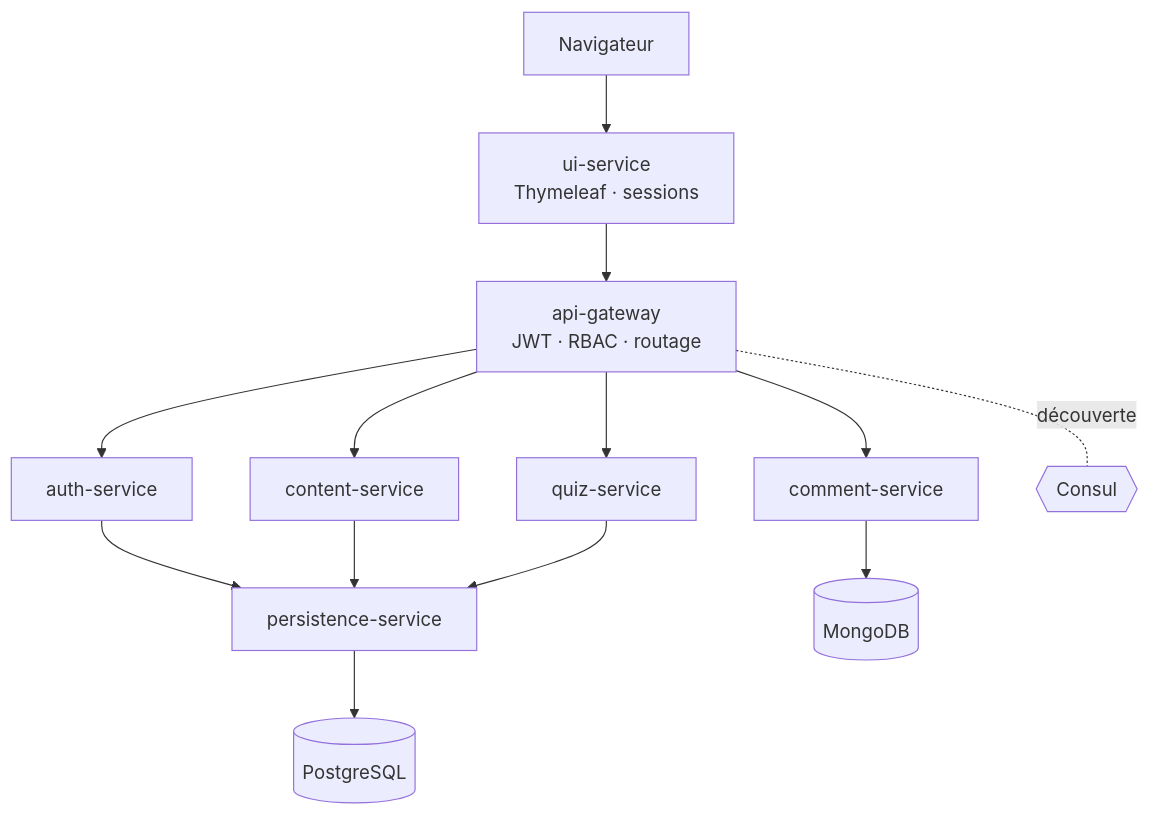
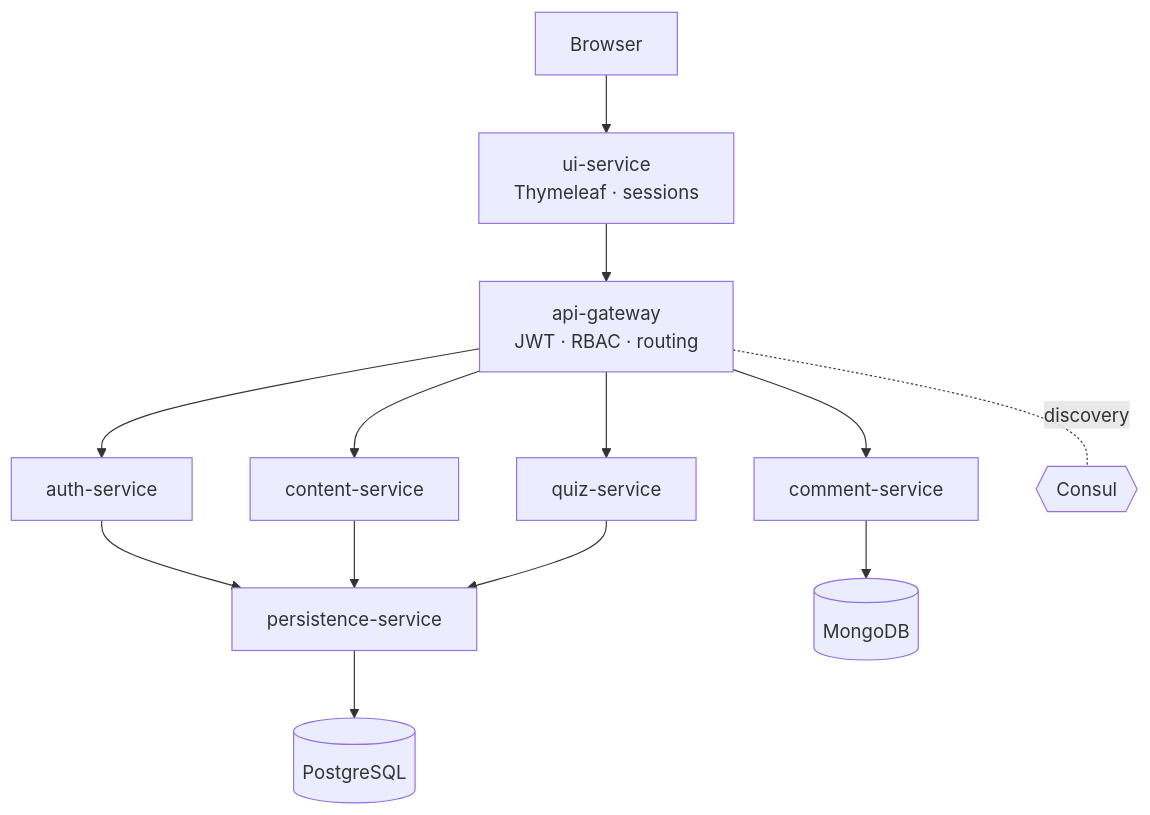
One commit to enzo-gavini/PopJav changed the first of 2 diagrams in README.md. Above: the diagram before and after it, drawn with Mermaid. The commit also changed other lines of this file, not shown here.

````diff
--- a/README.md
+++ b/README.md
@@ -52,15 +52,15 @@
 ```mermaid
 flowchart TD
-    B[Navigateur] --> UI[ui-service<br/>Thymeleaf · sessions]
-    UI --> GW[api-gateway<br/>JWT · RBAC · routage]
+    B[Browser] --> UI[ui-service<br/>Thymeleaf · sessions]
+    UI --> GW[api-gateway<br/>JWT · RBAC · routing]
     GW --> AUTH[auth-service]
     GW --> CONTENT[content-service]
     GW --> QUIZ[quiz-service]
     GW --> COMMENT[comment-service]
     AUTH --> PERS[persistence-service]
     CONTENT --> PERS
     QUIZ --> PERS
     PERS --> PG[(PostgreSQL)]
     COMMENT --> MONGO[(MongoDB)]
-    GW -. découverte .- CONSUL{{Consul}}
+    GW -. discovery .- CONSUL{{Consul}}
 ```
````
